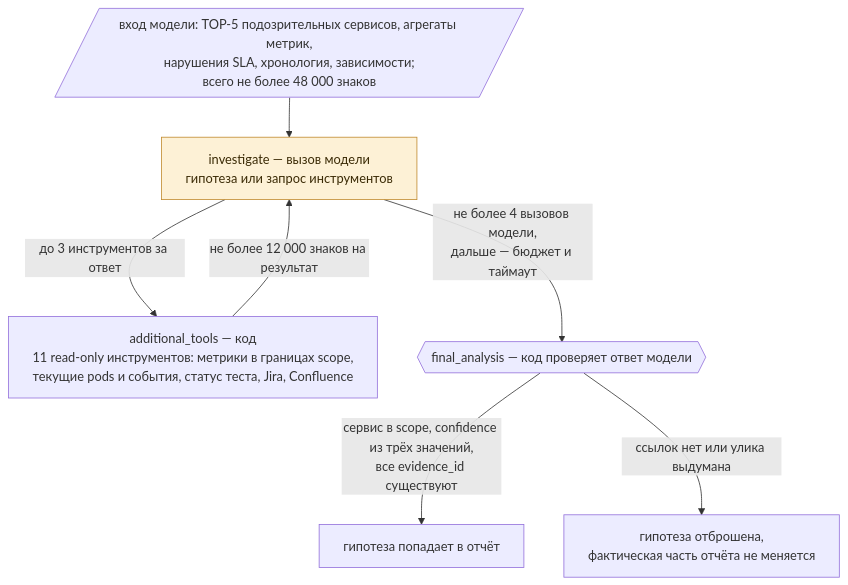
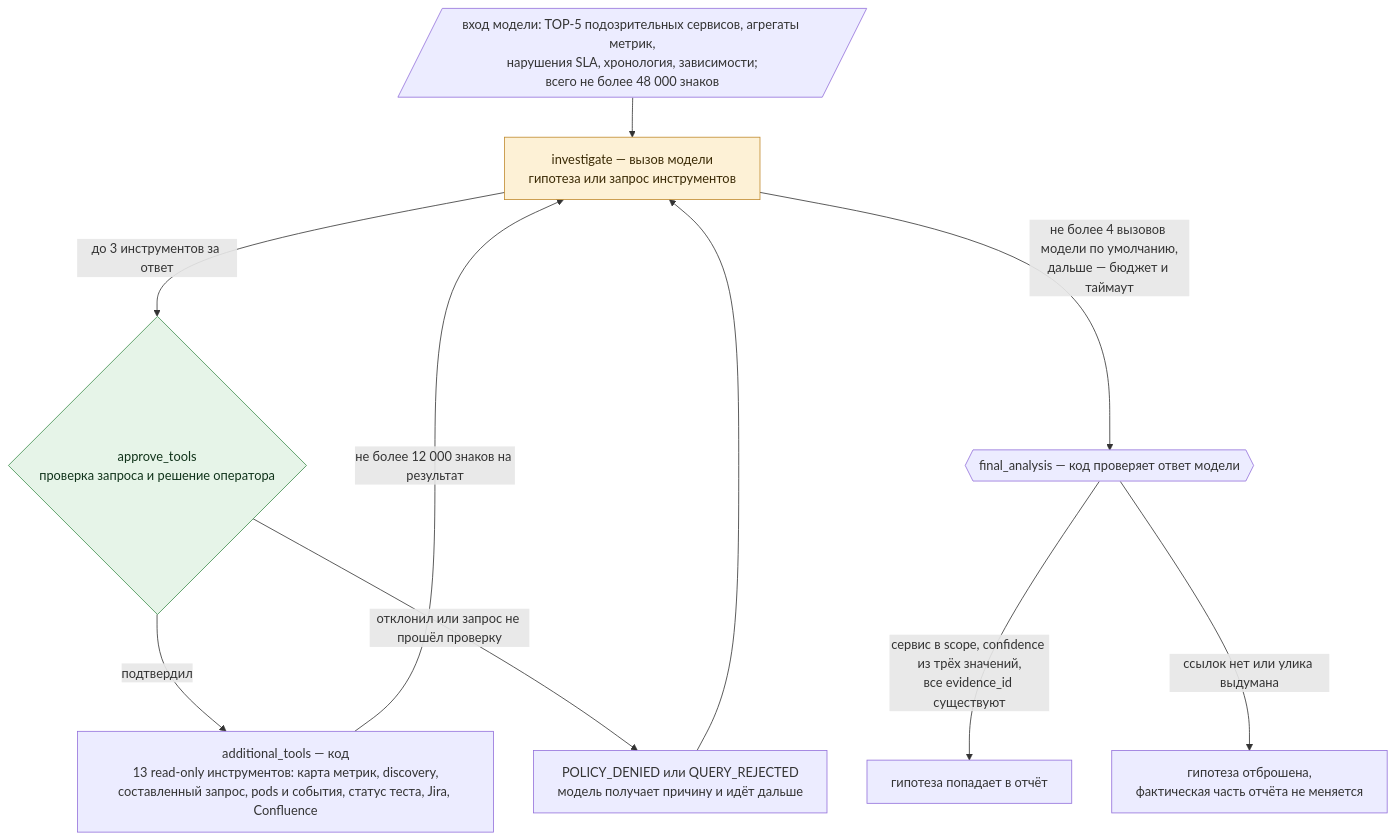
Before and after one commit to IST0VE/orbita-agent: the second of 2 diagrams in docs/NT.md, drawn with Mermaid. The commit also changed other lines of this file and 28 other files, not shown here.

````diff
--- a/docs/NT.md
+++ b/docs/NT.md
@@ -66,14 +66,19 @@
 ```mermaid
 %%{init: {'flowchart': {'wrappingWidth': 460}} }%%
 flowchart TB
     FACTS[/"вход модели: TOP-5 подозрительных сервисов, агрегаты метрик,<br>нарушения SLA, хронология, зависимости;<br>всего не более 48 000 знаков"/]
     FACTS --> INV["investigate — вызов модели<br>гипотеза или запрос инструментов"]
-    INV -->|"до 3 инструментов за ответ"| TOOLS["additional_tools — код<br>11 read-only инструментов: метрики в границах scope,<br>текущие pods и события, статус теста, Jira, Confluence"]
+    INV -->|"до 3 инструментов за ответ"| GUARD{"approve_tools<br>проверка запроса и решение оператора"}
+    GUARD -->|"подтвердил"| TOOLS["additional_tools — код<br>13 read-only инструментов: карта метрик, discovery,<br>составленный запрос, pods и события, статус теста, Jira, Confluence"]
+    GUARD -->|"отклонил или запрос не прошёл проверку"| DENY["POLICY_DENIED или QUERY_REJECTED<br>модель получает причину и идёт дальше"]
+    DENY --> INV
     TOOLS -->|"не более 12 000 знаков на результат"| INV
-    INV -->|"не более 4 вызовов модели,<br>дальше — бюджет и таймаут"| FIN{{"final_analysis — код проверяет ответ модели"}}
+    INV -->|"не более 4 вызовов модели по умолчанию,<br>дальше — бюджет и таймаут"| FIN{{"final_analysis — код проверяет ответ модели"}}
     FIN -->|"сервис в scope, confidence из трёх значений,<br>все evidence_id существуют"| KEEP["гипотеза попадает в отчёт"]
     FIN -->|"ссылок нет или улика выдумана"| DROP["гипотеза отброшена,<br>фактическая часть отчёта не меняется"]
 
     classDef llm fill:#fdf1d6,stroke:#c08a2e,color:#3a2a05
+    classDef human fill:#e6f4e8,stroke:#3f8f4f,color:#10331a
     class INV llm
+    class GUARD human
 ```
````
